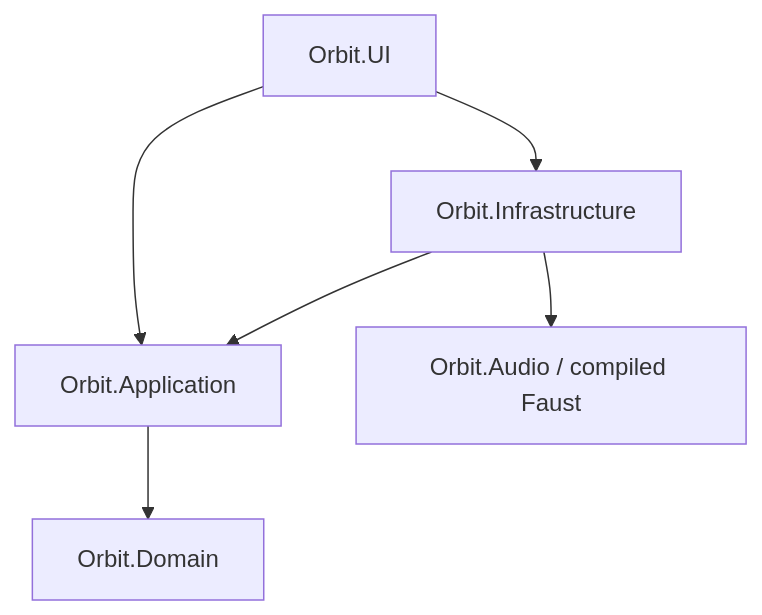
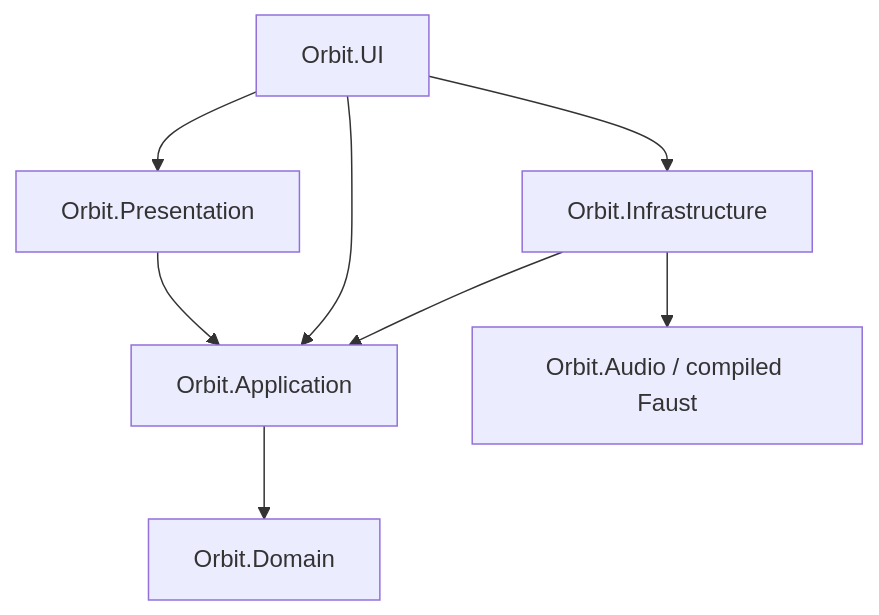
Before and after one commit to wgabel/orbit2: the first of 8 diagrams in README.md, drawn with Mermaid. The commit also changed other lines of this file and 20 other files, not shown here.

````diff
--- a/README.md
+++ b/README.md
@@ -25,8 +25,10 @@
 ```mermaid
 flowchart TD
-    UI["Orbit.UI"] --> Application["Orbit.Application"]
+    UI["Orbit.UI"] --> Presentation["Orbit.Presentation"]
+    Presentation --> Application["Orbit.Application"]
+    UI --> Application
     UI --> Infrastructure["Orbit.Infrastructure"]
     Infrastructure --> Application
     Application --> Domain["Orbit.Domain"]
     Infrastructure --> DSP["Orbit.Audio / compiled Faust"]
 ```
````
